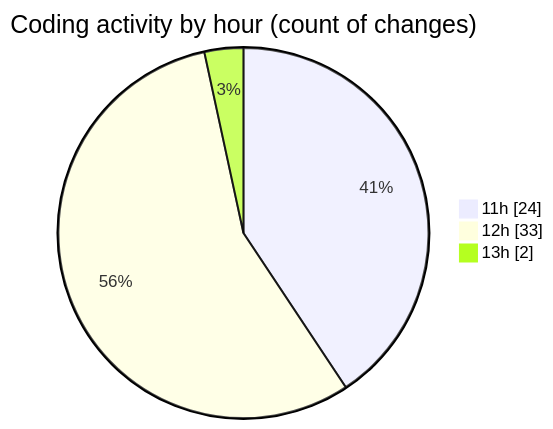
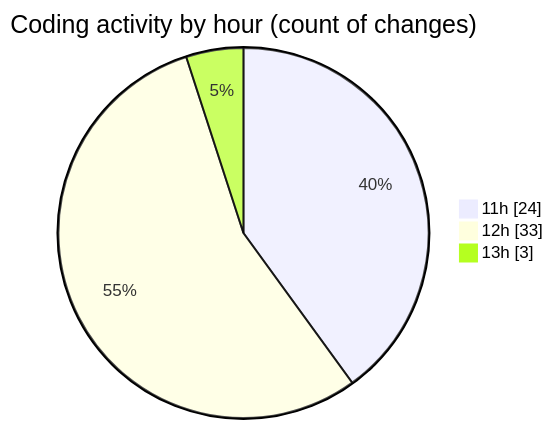
One commit to vahidmafi/code-tracking changed the second of 2 diagrams in 2025-07-21/shop/README.md. Above: the diagram before and after it, drawn with Mermaid. The commit also changed other lines of this file and 1 other file, not shown here.

````diff
--- a/2025-07-21/shop/README.md
+++ b/2025-07-21/shop/README.md
@@ -35,7 +36,7 @@
 ```mermaid
 pie showData
 title Coding activity by hour (count of changes)
 "11h" : 24
 "12h" : 33
-"13h" : 2
+"13h" : 3
 ```
````
